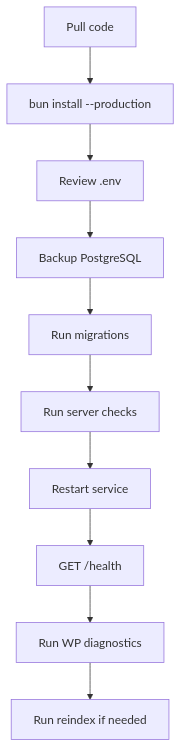
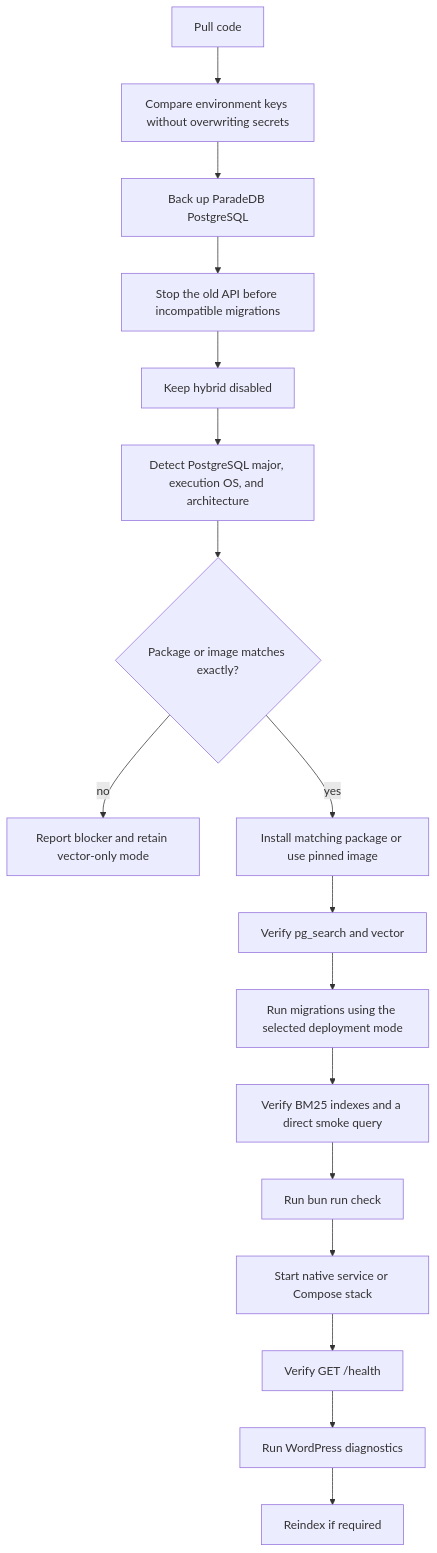
One commit to sovware/ask-sunny-docs changed the diagram in shared/SETUP_AND_OPERATIONS.md. Above: the diagram before and after it, drawn with Mermaid. The commit also changed other lines of this file and 14 other files, not shown here.

````diff
--- a/shared/SETUP_AND_OPERATIONS.md
+++ b/shared/SETUP_AND_OPERATIONS.md
@@ -59,12 +121,19 @@
 ```mermaid
 flowchart TD
-  Pull[Pull code] --> Install[bun install --production]
-  Install --> Env[Review .env]
-  Env --> Backup[Backup PostgreSQL]
-  Backup --> Migrate[Run migrations]
-  Migrate --> Check[Run server checks]
-  Check --> Restart[Restart service]
-  Restart --> Health[GET /health]
-  Health --> WPDiag[Run WP diagnostics]
-  WPDiag --> Reindex[Run reindex if needed]
+  Pull[Pull code] --> Env[Compare environment keys without overwriting secrets]
+  Env --> Backup[Back up ParadeDB PostgreSQL]
+  Backup --> Stop[Stop the old API before incompatible migrations]
+  Stop --> Safe[Keep hybrid disabled]
+  Safe --> Inspect[Detect PostgreSQL major, execution OS, and architecture]
+  Inspect --> Compatible{Package or image matches exactly?}
+  Compatible -- no --> Degraded[Report blocker and retain vector-only mode]
+  Compatible -- yes --> Build[Install matching package or use pinned image]
+  Build --> Extensions[Verify pg_search and vector]
+  Extensions --> Migrate[Run migrations using the selected deployment mode]
+  Migrate --> BM25[Verify BM25 indexes and a direct smoke query]
+  BM25 --> Check[Run bun run check]
+  Check --> Start[Start native service or Compose stack]
+  Start --> Health[Verify GET /health]
+  Health --> WPDiag[Run WordPress diagnostics]
+  WPDiag --> Reindex[Reindex if required]
 ```
````
